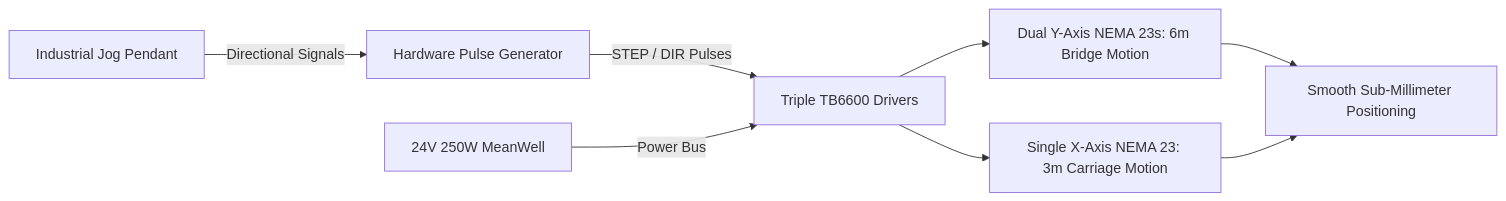
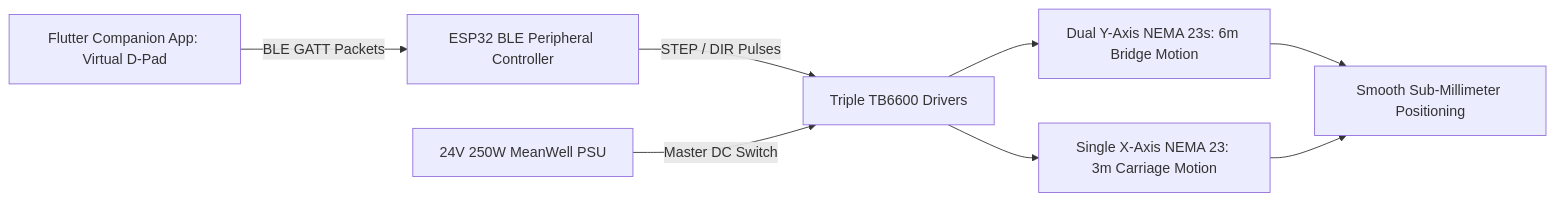
One commit to SamSoupSauce/open-biosphere changed the second of 3 diagrams in src/content/docs/hardware/overhead-gantry-system.mdx. Above: the diagram before and after it, drawn with Mermaid. The commit also changed other lines of this file and 14 other files, not shown here.

Commit message:
feat(rfc-0005): implement hardware interlocks & BLE virtual interface standard across machine catalog

````diff
--- a/src/content/docs/hardware/overhead-gantry-system.mdx
+++ b/src/content/docs/hardware/overhead-gantry-system.mdx
@@ -211,9 +224,9 @@
 ```mermaid
 flowchart LR
-    A[Industrial Jog Pendant] -->|Directional Signals| B[Hardware Pulse Generator]
+    A[Flutter Companion App: Virtual D-Pad] -->|BLE GATT Packets| B[ESP32 BLE Peripheral Controller]
     B -->|STEP / DIR Pulses| C[Triple TB6600 Drivers]
-    D[24V 250W MeanWell] -->|Power Bus| C
+    D[24V 250W MeanWell PSU] -->|Master DC Switch| C
     C --> E[Dual Y-Axis NEMA 23s: 6m Bridge Motion]
     C --> F[Single X-Axis NEMA 23: 3m Carriage Motion]
     E & F --> G[Smooth Sub-Millimeter Positioning]
 ```
````
